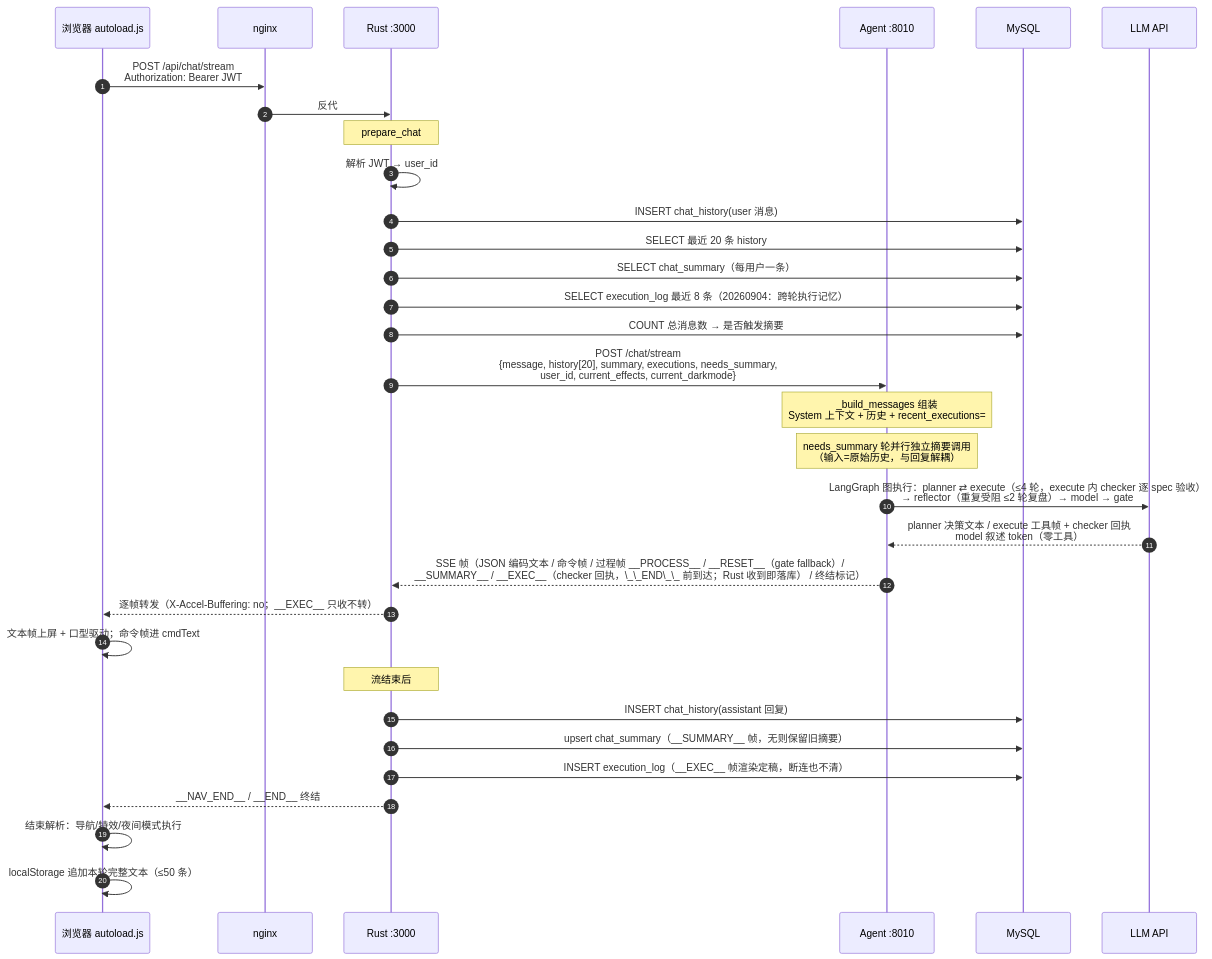
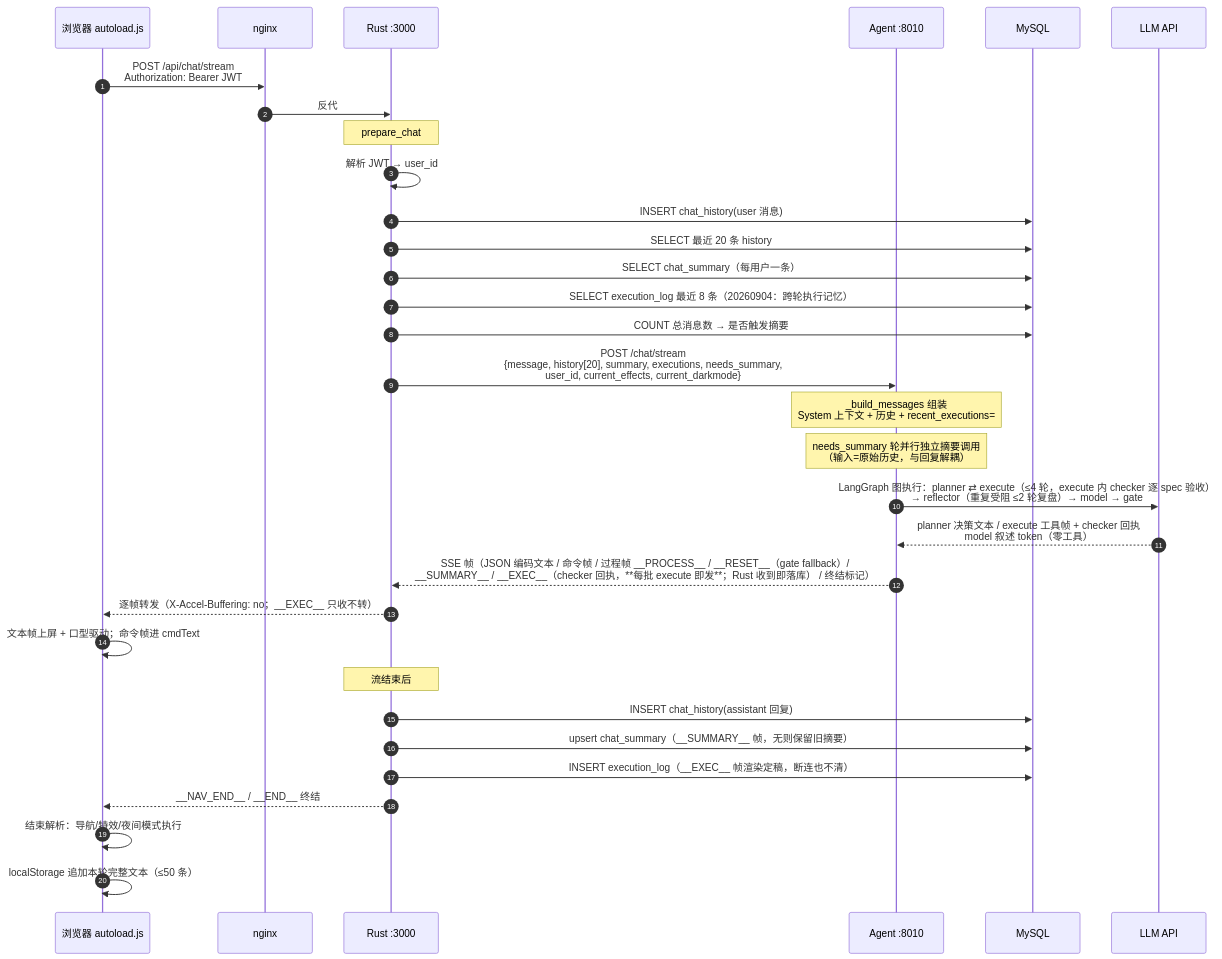
The second of 5 diagrams in docs/agent-architecture.md (BigLeopardCat/saudade-blog-agent), drawn with Mermaid before and after one commit. The commit also changed other lines of this file and 5 other files, not shown here.

````diff
--- a/docs/agent-architecture.md
+++ b/docs/agent-architecture.md
@@ -197,35 +197,35 @@
 ```mermaid
 sequenceDiagram
     autonumber
     participant B as 浏览器 autoload.js
     participant N as nginx
     participant R as Rust :3000
     participant A as Agent :8010
     participant DB as MySQL
     participant L as LLM API
 
     B->>N: POST /api/chat/stream<br/>Authorization: Bearer JWT
     N->>R: 反代
     Note over R: prepare_chat
     R->>R: 解析 JWT → user_id
     R->>DB: INSERT chat_history(user 消息)
     R->>DB: SELECT 最近 20 条 history
     R->>DB: SELECT chat_summary（每用户一条）
     R->>DB: SELECT execution_log 最近 8 条（20260904：跨轮执行记忆）
     R->>DB: COUNT 总消息数 → 是否触发摘要
     R->>A: POST /chat/stream<br/>{message, history[20], summary, executions, needs_summary,<br/>user_id, current_effects, current_darkmode}
     Note over A: _build_messages 组装<br/>System 上下文 + 历史 + recent_executions=
     Note over A: needs_summary 轮并行独立摘要调用<br/>（输入=原始历史，与回复解耦）
     A->>L: LangGraph 图执行：planner ⇄ execute（≤4 轮，execute 内 checker 逐 spec 验收）<br/>→ reflector（重复受阻 ≤2 轮复盘）→ model → gate
     L-->>A: planner 决策文本 / execute 工具帧 + checker 回执<br/>model 叙述 token（零工具）
-    A-->>R: SSE 帧（JSON 编码文本 / 命令帧 / 过程帧 __PROCESS__ / __RESET__（gate fallback）/<br/>__SUMMARY__ / __EXEC__（checker 回执，\_\_END\_\_ 前到达；Rust 收到即落库） / 终结标记）
+    A-->>R: SSE 帧（JSON 编码文本 / 命令帧 / 过程帧 __PROCESS__ / __RESET__（gate fallback）/<br/>__SUMMARY__ / __EXEC__（checker 回执，**每批 execute 即发**；Rust 收到即落库） / 终结标记）
     R-->>B: 逐帧转发（X-Accel-Buffering: no；__EXEC__ 只收不转）
     B->>B: 文本帧上屏 + 口型驱动；命令帧进 cmdText
     Note over R: 流结束后
     R->>DB: INSERT chat_history(assistant 回复)
     R->>DB: upsert chat_summary（__SUMMARY__ 帧，无则保留旧摘要）
     R->>DB: INSERT execution_log（__EXEC__ 帧渲染定稿，断连也不清）
     R-->>B: __NAV_END__ / __END__ 终结
     B->>B: 结束解析：导航/特效/夜间模式执行
     B->>B: localStorage 追加本轮完整文本（≤50 条）
 ```
````
